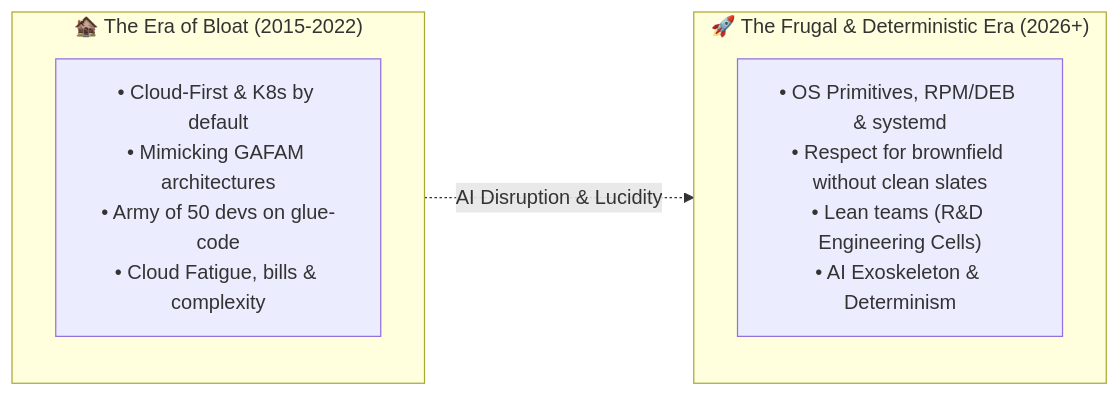
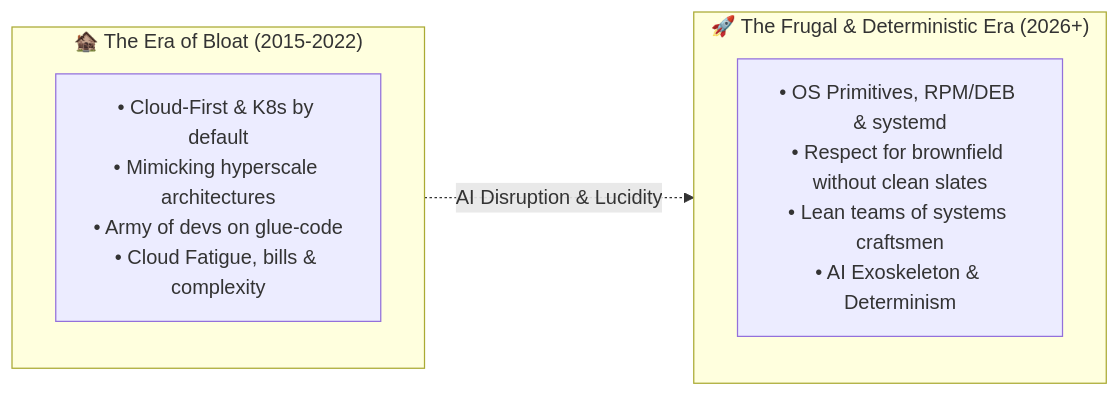
Before and after one commit to gpineda-dev/gpineda-dev.github.io: the eighth of 10 diagrams in content/posts/2026-09-19-ai-exoskelton-for-builders-not-oracle.md, drawn with Mermaid. The commit also changed other lines of this file and 1 other file, not shown here.

````diff
--- a/content/posts/2026-09-19-ai-exoskelton-for-builders-not-oracle.md
+++ b/content/posts/2026-09-19-ai-exoskelton-for-builders-not-oracle.md
@@ -348,12 +336,12 @@
 ```mermaid
 flowchart LR
     subgraph Era1["🏚️ The Era of Bloat (2015-2022)"]
         direction TB
-        E1["• Cloud-First & K8s by default<br>• Mimicking GAFAM architectures<br>• Army of 50 devs on glue-code<br>• Cloud Fatigue, bills & complexity"]
+        E1["• Cloud-First & K8s by default<br>• Mimicking hyperscale architectures<br>• Army of devs on glue-code<br>• Cloud Fatigue, bills & complexity"]
     end
     subgraph Era2["🚀 The Frugal & Deterministic Era (2026+)"]
         direction TB
-        E2["• OS Primitives, RPM/DEB & systemd<br>• Respect for brownfield without clean slates<br>• Lean teams (R&D Engineering Cells)<br>• AI Exoskeleton & Determinism"]
+        E2["• OS Primitives, RPM/DEB & systemd<br>• Respect for brownfield without clean slates<br>• Lean teams of systems craftsmen<br>• AI Exoskeleton & Determinism"]
     end
     E1 -.->|AI Disruption & Lucidity| E2
 ```
````
